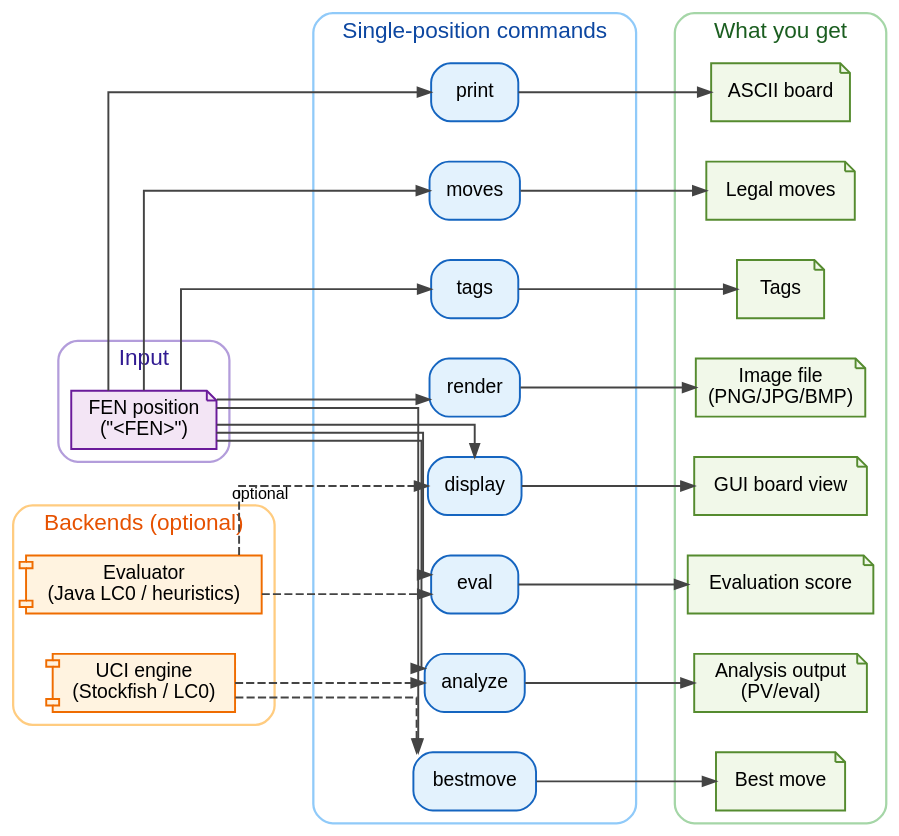
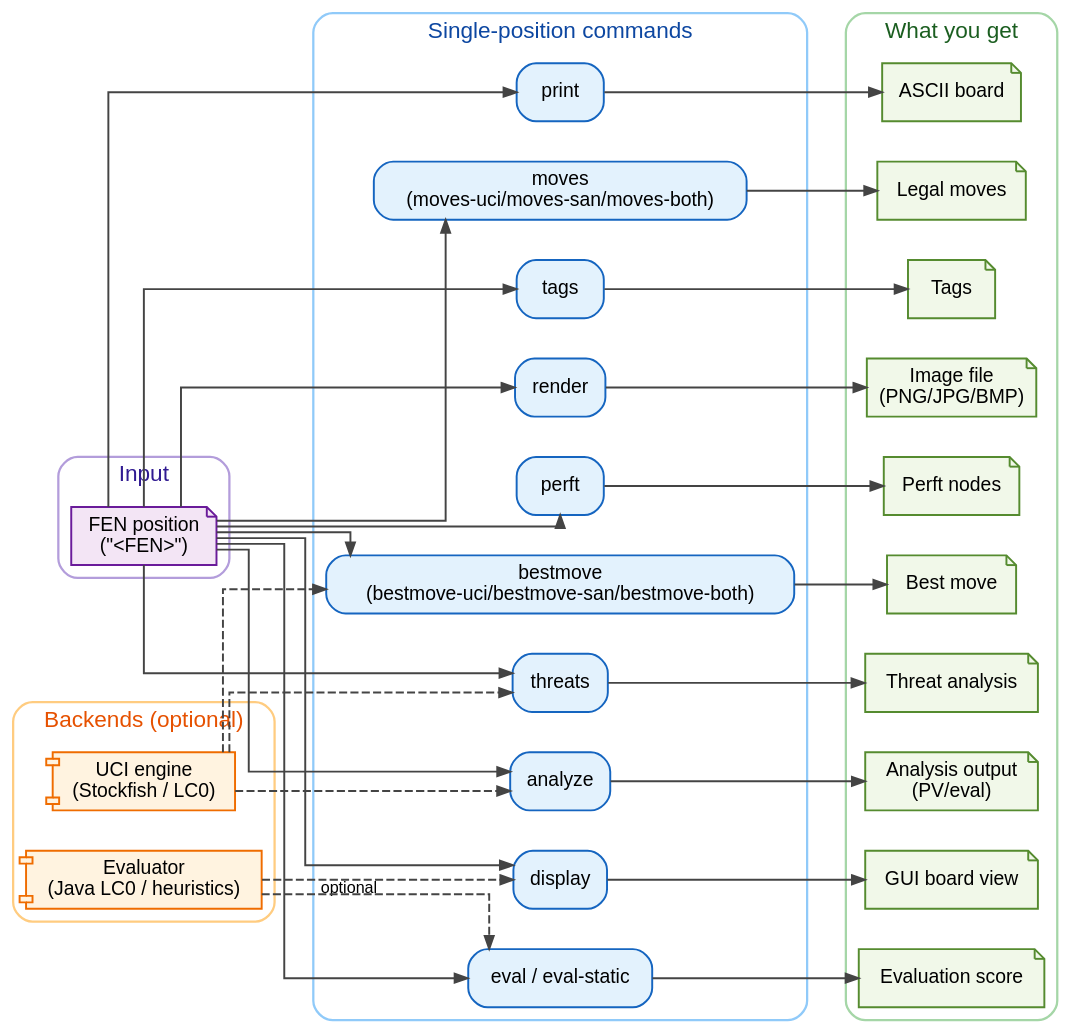
The diagram in assets/crtk-position-toolbox.dot (LenniAConrad/chess-rtk), drawn with Graphviz before and after one commit. The commit also changed 1 other file, not shown here.

Commit message:
Update position toolbox diagram

```diff
--- a/assets/crtk-position-toolbox.dot
+++ b/assets/crtk-position-toolbox.dot
@@ -1,96 +1,105 @@
 digraph crtk_position_toolbox {
   rankdir=LR;
   bgcolor="transparent";
   splines=ortho;
   pad="0.20";
   nodesep="0.35";
   ranksep="0.55";
 
   graph [fontname="Helvetica", fontsize=14];
   node  [fontname="Helvetica", fontsize=12];
   edge  [fontname="Helvetica", fontsize=10, color="#444444", arrowsize=0.8, penwidth=1.2];
 
   subgraph cluster_input {
     label="Input";
     style="rounded";
     color="#B39DDB";
     fontcolor="#311B92";
     penwidth=1.4;
 
     node [shape=note, style="filled", fillcolor="#F3E5F5", color="#6A1B9A", penwidth=1.2];
     fen [label="FEN position\n(\"<FEN>\")"];
   }
 
   subgraph cluster_commands {
     label="Single-position commands";
     style="rounded";
     color="#90CAF9";
     fontcolor="#0D47A1";
     penwidth=1.4;
 
     node [shape=box, style="rounded,filled", fillcolor="#E3F2FD", color="#1565C0", penwidth=1.2];
     print [label="print"];
-    moves [label="moves"];
+    moves [label="moves\n(moves-uci/moves-san/moves-both)"];
     tags [label="tags"];
     render [label="render"];
     display [label="display"];
-    eval [label="eval"];
+    eval [label="eval / eval-static"];
     analyze [label="analyze"];
-    bestmove [label="bestmove"];
+    bestmove [label="bestmove\n(bestmove-uci/bestmove-san/bestmove-both)"];
+    threats [label="threats"];
+    perft [label="perft"];
   }
 
   subgraph cluster_engines {
     label="Backends (optional)";
     style="rounded";
     color="#FFCC80";
     fontcolor="#E65100";
     penwidth=1.4;
 
     node [shape=component, style="filled", fillcolor="#FFF3E0", color="#EF6C00", penwidth=1.2];
     uci [label="UCI engine\n(Stockfish / LC0)"];
     evaluator [label="Evaluator\n(Java LC0 / heuristics)"];
   }
 
   subgraph cluster_outputs {
     label="What you get";
     style="rounded";
     color="#A5D6A7";
     fontcolor="#1B5E20";
     penwidth=1.4;
 
     node [shape=note, style="filled", fillcolor="#F1F8E9", color="#558B2F", penwidth=1.2];
     out_ascii [label="ASCII board"];
     out_moves [label="Legal moves"];
     out_tags [label="Tags"];
     out_image [label="Image file\n(PNG/JPG/BMP)"];
     out_gui [label="GUI board view"];
     out_score [label="Evaluation score"];
     out_analysis [label="Analysis output\n(PV/eval)"];
     out_best [label="Best move"];
+    out_threats [label="Threat analysis"];
+    out_perft [label="Perft nodes"];
   }
 
   // Wiring
   fen -> print;
   fen -> moves;
   fen -> tags;
   fen -> render;
   fen -> display;
   fen -> eval;
   fen -> analyze;
   fen -> bestmove;
+  fen -> threats;
+  fen -> perft;
 
   print -> out_ascii;
   moves -> out_moves;
   tags -> out_tags;
   render -> out_image;
   display -> out_gui;
   eval -> out_score;
   analyze -> out_analysis;
   bestmove -> out_best;
+  threats -> out_threats;
+  perft -> out_perft;
 
   // Backends
   uci -> analyze [style=dashed];
   uci -> bestmove [style=dashed];
+  uci -> threats [style=dashed];
   evaluator -> eval [style=dashed];
   evaluator -> display [style=dashed, xlabel="optional"];
 }
```
